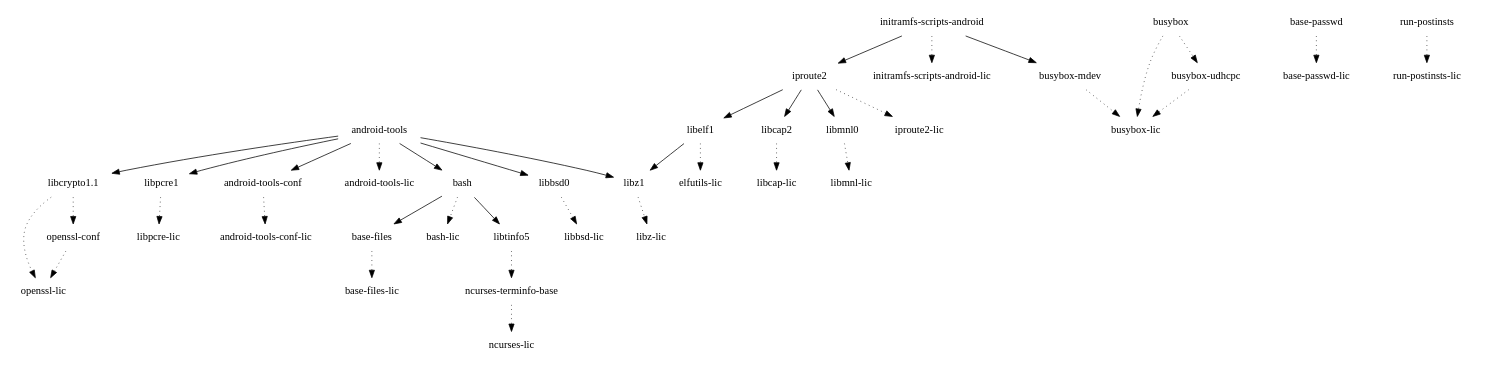
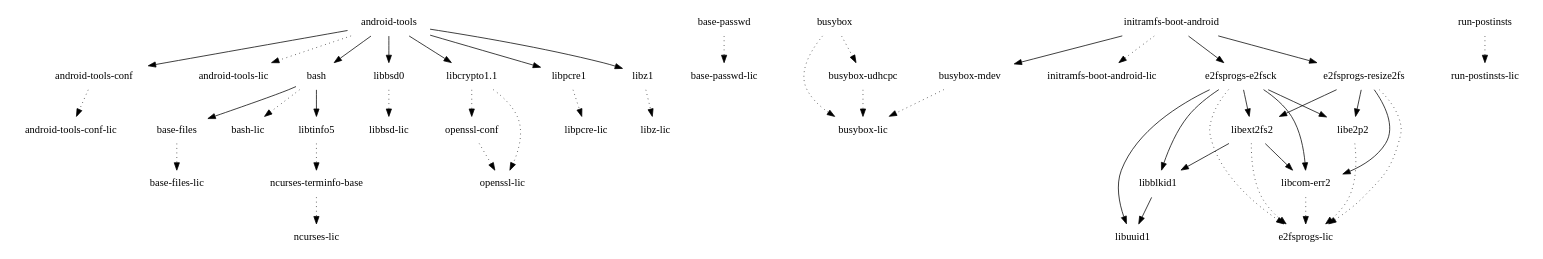
One commit to webOS-ports/buildhistory changed the diagram in images/hammerhead/glibc/initramfs-android-image/depends-nokernel-nolibc-noupdate-nomodules.dot. Above: the diagram before and after it, drawn with Graphviz. The commit also changed 5127 other files, not shown here.

```diff
--- a/images/hammerhead/glibc/initramfs-android-image/depends-nokernel-nolibc-noupdate-nomodules.dot
+++ b/images/hammerhead/glibc/initramfs-android-image/depends-nokernel-nolibc-noupdate-nomodules.dot
@@ -1,40 +1,49 @@
 digraph depends {
     node [shape=plaintext]
 "android-tools" -> "android-tools-conf"
 "android-tools" -> "android-tools-lic" [style=dotted]
 "android-tools" -> "bash"
 "android-tools-conf" -> "android-tools-conf-lic" [style=dotted]
 "android-tools" -> "libbsd0"
 "android-tools" -> "libcrypto1.1"
 "android-tools" -> "libpcre1"
 "android-tools" -> "libz1"
 "base-files" -> "base-files-lic" [style=dotted]
 "base-passwd" -> "base-passwd-lic" [style=dotted]
 "bash" -> "base-files"
 "bash" -> "bash-lic" [style=dotted]
 "bash" -> "libtinfo5"
 "busybox" -> "busybox-lic" [style=dotted]
 "busybox" -> "busybox-udhcpc" [style=dotted]
 "busybox-mdev" -> "busybox-lic" [style=dotted]
 "busybox-udhcpc" -> "busybox-lic" [style=dotted]
-"initramfs-scripts-android" -> "busybox-mdev"
-"initramfs-scripts-android" -> "initramfs-scripts-android-lic" [style=dotted]
-"initramfs-scripts-android" -> "iproute2"
-"iproute2" -> "iproute2-lic" [style=dotted]
-"iproute2" -> "libcap2"
-"iproute2" -> "libelf1"
-"iproute2" -> "libmnl0"
+"e2fsprogs-e2fsck" -> "e2fsprogs-lic" [style=dotted]
+"e2fsprogs-e2fsck" -> "libblkid1"
+"e2fsprogs-e2fsck" -> "libcom-err2"
+"e2fsprogs-e2fsck" -> "libe2p2"
+"e2fsprogs-e2fsck" -> "libext2fs2"
+"e2fsprogs-e2fsck" -> "libuuid1"
+"e2fsprogs-resize2fs" -> "e2fsprogs-lic" [style=dotted]
+"e2fsprogs-resize2fs" -> "libcom-err2"
+"e2fsprogs-resize2fs" -> "libe2p2"
+"e2fsprogs-resize2fs" -> "libext2fs2"
+"initramfs-boot-android" -> "busybox-mdev"
+"initramfs-boot-android" -> "e2fsprogs-e2fsck"
+"initramfs-boot-android" -> "e2fsprogs-resize2fs"
+"initramfs-boot-android" -> "initramfs-boot-android-lic" [style=dotted]
+"libblkid1" -> "libuuid1"
 "libbsd0" -> "libbsd-lic" [style=dotted]
-"libcap2" -> "libcap-lic" [style=dotted]
+"libcom-err2" -> "e2fsprogs-lic" [style=dotted]
 "libcrypto1.1" -> "openssl-conf" [style=dotted]
 "libcrypto1.1" -> "openssl-lic" [style=dotted]
-"libelf1" -> "elfutils-lic" [style=dotted]
-"libelf1" -> "libz1"
-"libmnl0" -> "libmnl-lic" [style=dotted]
+"libe2p2" -> "e2fsprogs-lic" [style=dotted]
+"libext2fs2" -> "e2fsprogs-lic" [style=dotted]
+"libext2fs2" -> "libblkid1"
+"libext2fs2" -> "libcom-err2"
 "libpcre1" -> "libpcre-lic" [style=dotted]
 "libtinfo5" -> "ncurses-terminfo-base" [style=dotted]
 "libz1" -> "libz-lic" [style=dotted]
 "ncurses-terminfo-base" -> "ncurses-lic" [style=dotted]
 "openssl-conf" -> "openssl-lic" [style=dotted]
 "run-postinsts" -> "run-postinsts-lic" [style=dotted]
 }
```
